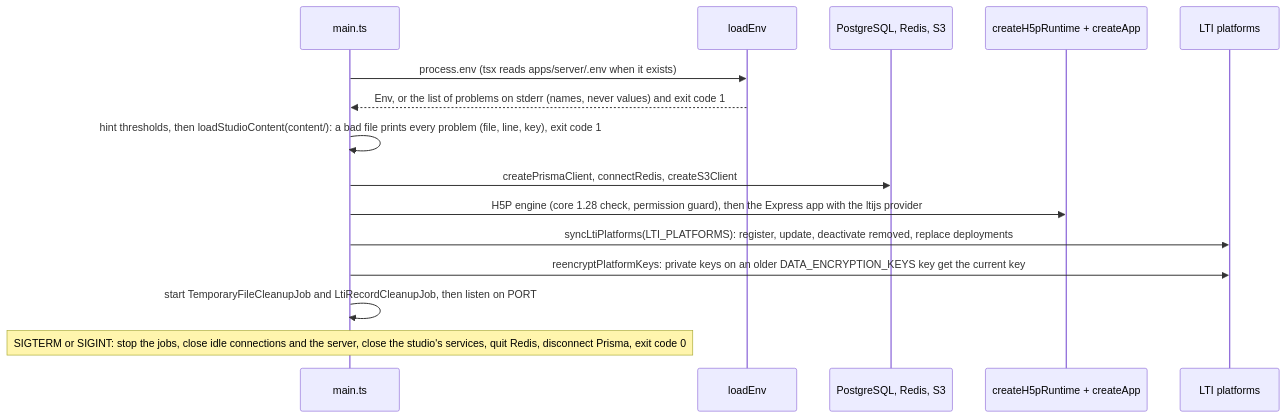
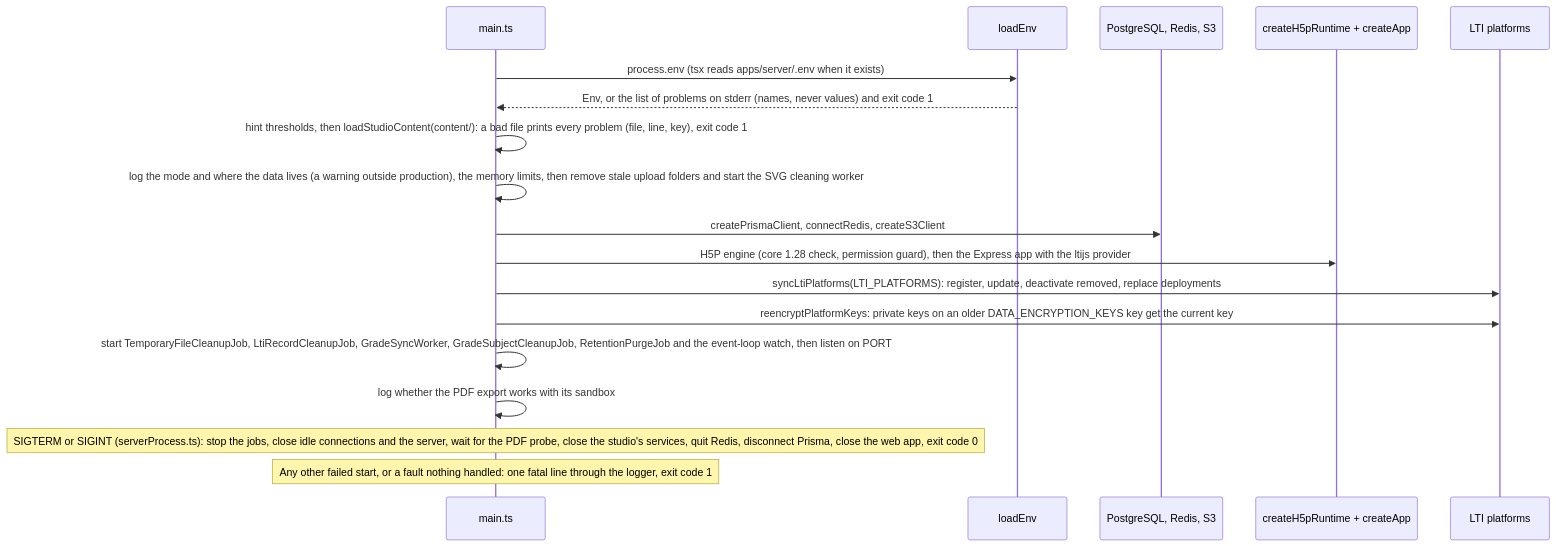
Before and after one commit to bobthebob58/HVL-INTERAKTIV: the second of 11 diagrams in apps/server/README.md, drawn with Mermaid. The commit also changed other lines of this file, not shown here.

First line of the commit message:
docs(server): the README describes the server as it is today

````diff
--- a/apps/server/README.md
+++ b/apps/server/README.md
@@ -256,17 +290,20 @@
 ```mermaid
 sequenceDiagram
     participant Main as main.ts
     participant Env as loadEnv
     participant Clients as PostgreSQL, Redis, S3
     participant App as createH5pRuntime + createApp
     participant LTI as LTI platforms
     Main->>Env: process.env (tsx reads apps/server/.env when it exists)
     Env-->>Main: Env, or the list of problems on stderr (names, never values) and exit code 1
     Main->>Main: hint thresholds, then loadStudioContent(content/): a bad file prints every problem (file, line, key), exit code 1
+    Main->>Main: log the mode and where the data lives (a warning outside production), the memory limits, then remove stale upload folders and start the SVG cleaning worker
     Main->>Clients: createPrismaClient, connectRedis, createS3Client
     Main->>App: H5P engine (core 1.28 check, permission guard), then the Express app with the ltijs provider
     Main->>LTI: syncLtiPlatforms(LTI_PLATFORMS): register, update, deactivate removed, replace deployments
     Main->>LTI: reencryptPlatformKeys: private keys on an older DATA_ENCRYPTION_KEYS key get the current key
-    Main->>Main: start TemporaryFileCleanupJob and LtiRecordCleanupJob, then listen on PORT
-    Note over Main: SIGTERM or SIGINT: stop the jobs, close idle connections and the server, close the studio's services, quit Redis, disconnect Prisma, exit code 0
+    Main->>Main: start TemporaryFileCleanupJob, LtiRecordCleanupJob, GradeSyncWorker, GradeSubjectCleanupJob, RetentionPurgeJob and the event-loop watch, then listen on PORT
+    Main->>Main: log whether the PDF export works with its sandbox
+    Note over Main: SIGTERM or SIGINT (serverProcess.ts): stop the jobs, close idle connections and the server, wait for the PDF probe, close the studio's services, quit Redis, disconnect Prisma, close the web app, exit code 0
+    Note over Main: Any other failed start, or a fault nothing handled: one fatal line through the logger, exit code 1
 ```
````
